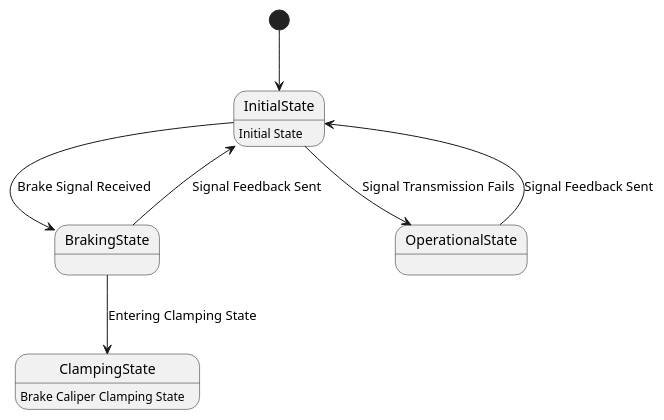
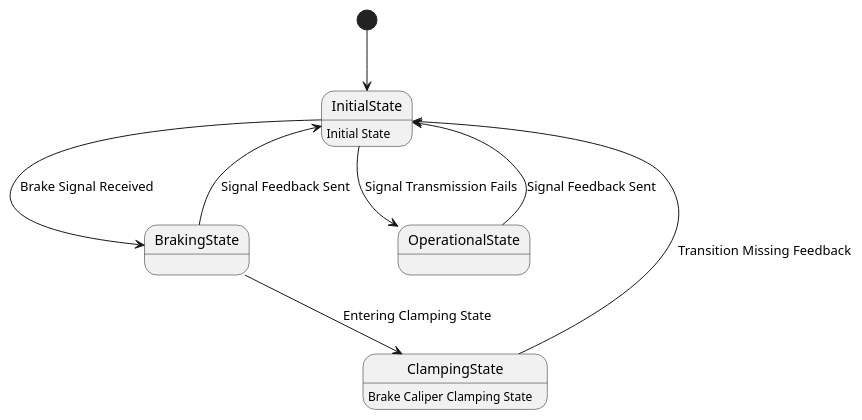
Before and after one commit to HansBug/research_ideas: the diagram in project_1_llm_state_machine_modeling/paper_stm_repair/pipeline/representation/reports/llms_emp_r45_java_60/pairs/0031/README.md, drawn with PlantUML. The commit also changed other lines of this file and 622 other files, not shown here.

First line of the commit message:
fix(paper1): 切换Phase-II最终池并重建PlantUML转换证据

````diff
--- a/project_1_llm_state_machine_modeling/paper_stm_repair/pipeline/representation/reports/llms_emp_r45_java_60/pairs/0031/README.md
+++ b/project_1_llm_state_machine_modeling/paper_stm_repair/pipeline/representation/reports/llms_emp_r45_java_60/pairs/0031/README.md
@@ -27,16 +75,17 @@
 ```plantuml
 @startuml
 [*] --> InitialState
 InitialState: Initial State
 
 InitialState --> BrakingState : Brake Signal Received
 InitialState --> OperationalState : Signal Transmission Fails
 
 BrakingState --> ClampingState : Entering Clamping State
 ClampingState : Brake Caliper Clamping State
 
 OperationalState --> InitialState : Signal Feedback Sent
 BrakingState --> InitialState : Signal Feedback Sent
 
+ClampingState --> InitialState : Transition Missing Feedback
 @enduml
 ```
````
